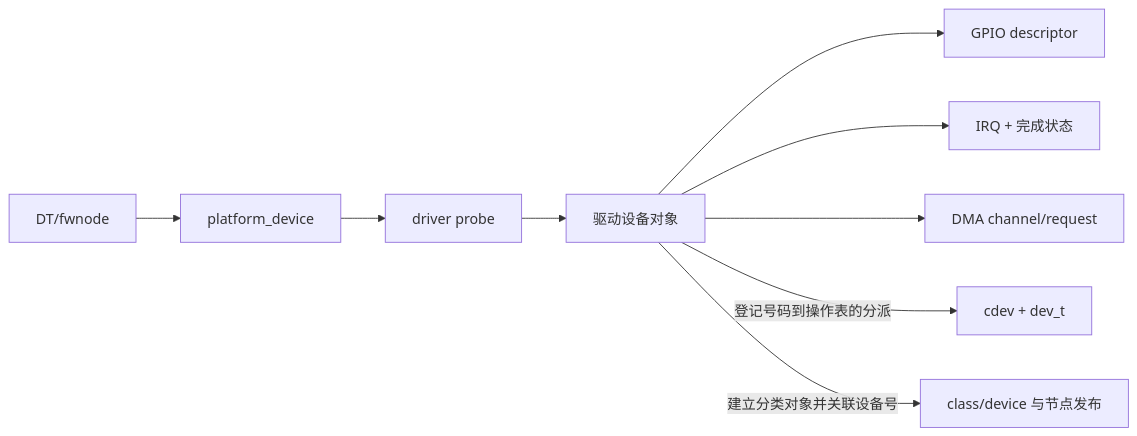
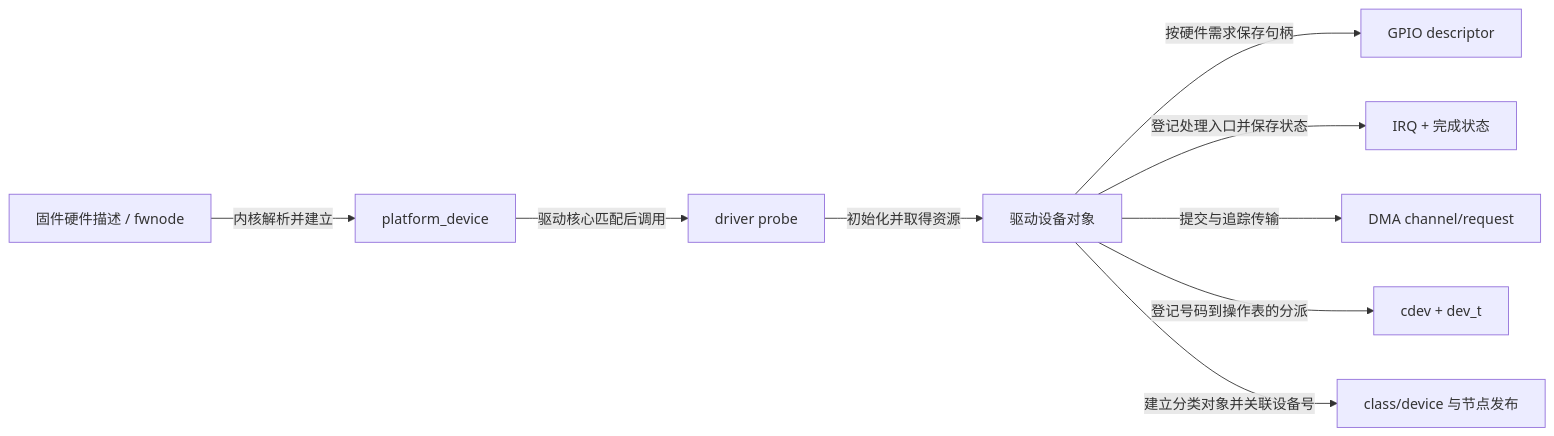
Before and after one commit to FormingSystem/linux_note: the first of 2 diagrams in knowledge/driver_model/character_device/P08_设备模型与硬件子系统交接.md, drawn with Mermaid. The commit also changed other lines of this file and 7 other files, not shown here.

````diff
--- a/knowledge/driver_model/character_device/P08_设备模型与硬件子系统交接.md
+++ b/knowledge/driver_model/character_device/P08_设备模型与硬件子系统交接.md
@@ -15,11 +23,11 @@
 ```mermaid
 flowchart LR
-    FW["DT/fwnode"] --> PDEV["platform_device"]
-    PDEV --> PROBE["driver probe"]
-    PROBE --> DEV["驱动设备对象"]
-    DEV --> GPIO["GPIO descriptor"]
-    DEV --> IRQ["IRQ + 完成状态"]
-    DEV --> DMA["DMA channel/request"]
+    FW["固件硬件描述 / fwnode"] -->|内核解析并建立| PDEV["platform_device"]
+    PDEV -->|驱动核心匹配后调用| PROBE["driver probe"]
+    PROBE -->|初始化并取得资源| DEV["驱动设备对象"]
+    DEV -->|按硬件需求保存句柄| GPIO["GPIO descriptor"]
+    DEV -->|登记处理入口并保存状态| IRQ["IRQ + 完成状态"]
+    DEV -->|提交与追踪传输| DMA["DMA channel/request"]
     DEV -->|"登记号码到操作表的分派"| CDEV["cdev + dev_t"]
     DEV -->|"建立分类对象并关联设备号"| NODE["class/device 与节点发布"]
 ```
````
